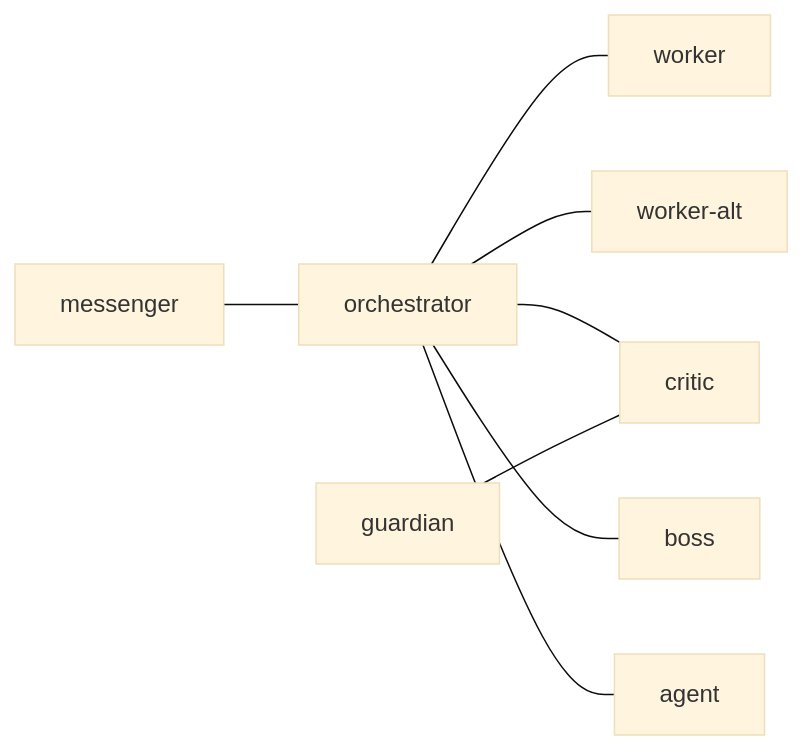
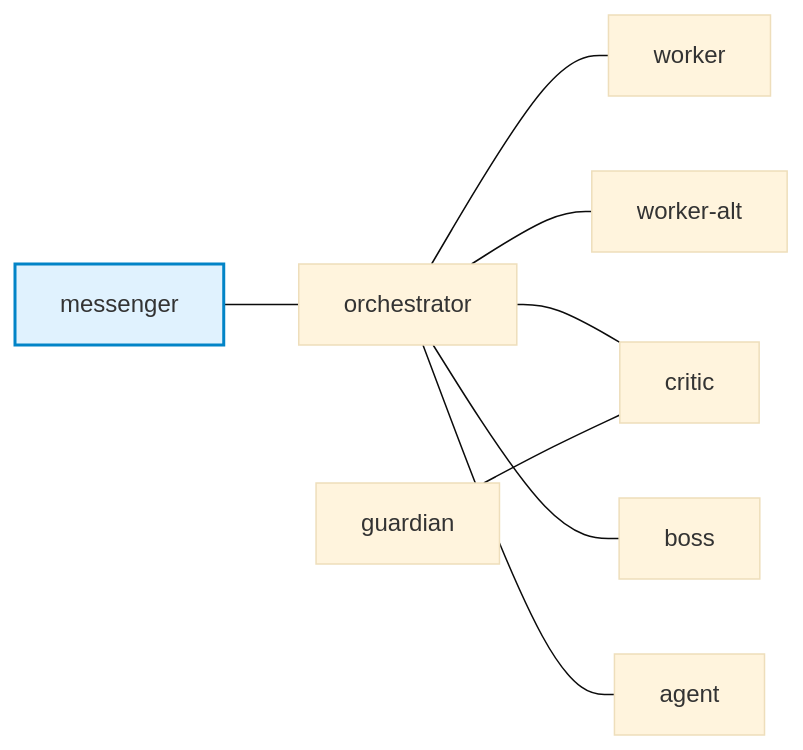
Before and after one commit to i9wa4/dotfiles: the diagram in config/tmux-a2a-postman/postman.md, drawn with Mermaid (base theme). The commit also changed other lines of this file, not shown here.

Commit message:
chore(postman): update ui node rendering
Keep the checked-in postman graph aligned with the current tmux-a2a-postman rendering, which marks the UI node in the Mermaid graph instead of frontmatter.

````diff
--- a/config/tmux-a2a-postman/postman.md
+++ b/config/tmux-a2a-postman/postman.md
@@ -17,10 +16,11 @@
 ```mermaid
 graph LR
-    messenger --- orchestrator
+    messenger:::ui_node --- orchestrator
     orchestrator --- worker
     orchestrator --- worker-alt
     orchestrator --- critic
     orchestrator --- boss
     guardian --- critic
     orchestrator --- agent
+    classDef ui_node fill:#e0f2fe,stroke:#0284c7,stroke-width:2px
 ```
````
